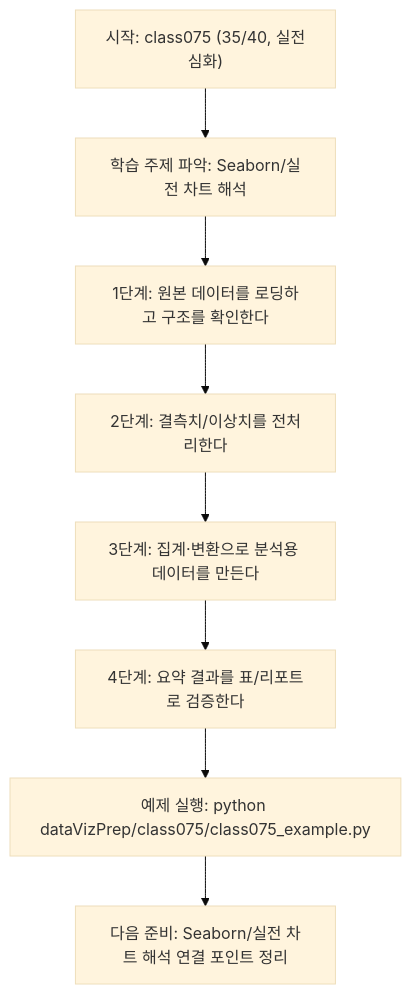
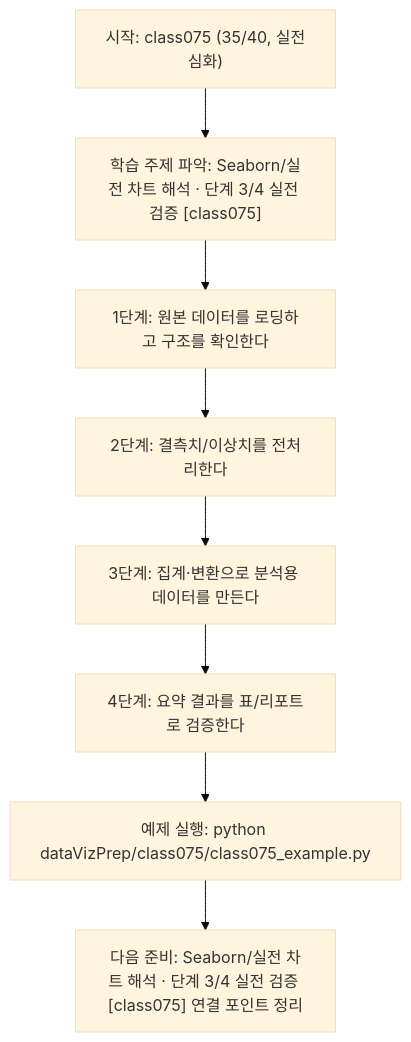
One commit to edumgt/Python-AI_Agent-Class changed the diagram in dataVizPrep/class075/class075.md. Above: the diagram before and after it, drawn with Mermaid (base theme). The commit also changed other lines of this file and 522 other files, not shown here.

````diff
--- a/dataVizPrep/class075/class075.md
+++ b/dataVizPrep/class075/class075.md
@@ -111,18 +112,18 @@
 ```mermaid
 flowchart TD
 N1["시작: class075 (35/40, 실전심화)"]
-N2["학습 주제 파악: Seaborn/실전 차트 해석"]
+N2["학습 주제 파악: Seaborn/실전 차트 해석 · 단계 3/4 실전 검증 [class075]"]
 N3["1단계: 원본 데이터를 로딩하고 구조를 확인한다"]
 N4["2단계: 결측치/이상치를 전처리한다"]
 N5["3단계: 집계·변환으로 분석용 데이터를 만든다"]
 N6["4단계: 요약 결과를 표/리포트로 검증한다"]
 N7["예제 실행: python dataVizPrep/class075/class075_example.py"]
-N8["다음 준비: Seaborn/실전 차트 해석 연결 포인트 정리"]
+N8["다음 준비: Seaborn/실전 차트 해석 · 단계 3/4 실전 검증 [class075] 연결 포인트 정리"]
 N1 --> N2
 N2 --> N3
 N3 --> N4
 N4 --> N5
 N5 --> N6
 N6 --> N7
 N7 --> N8
 ```
````
